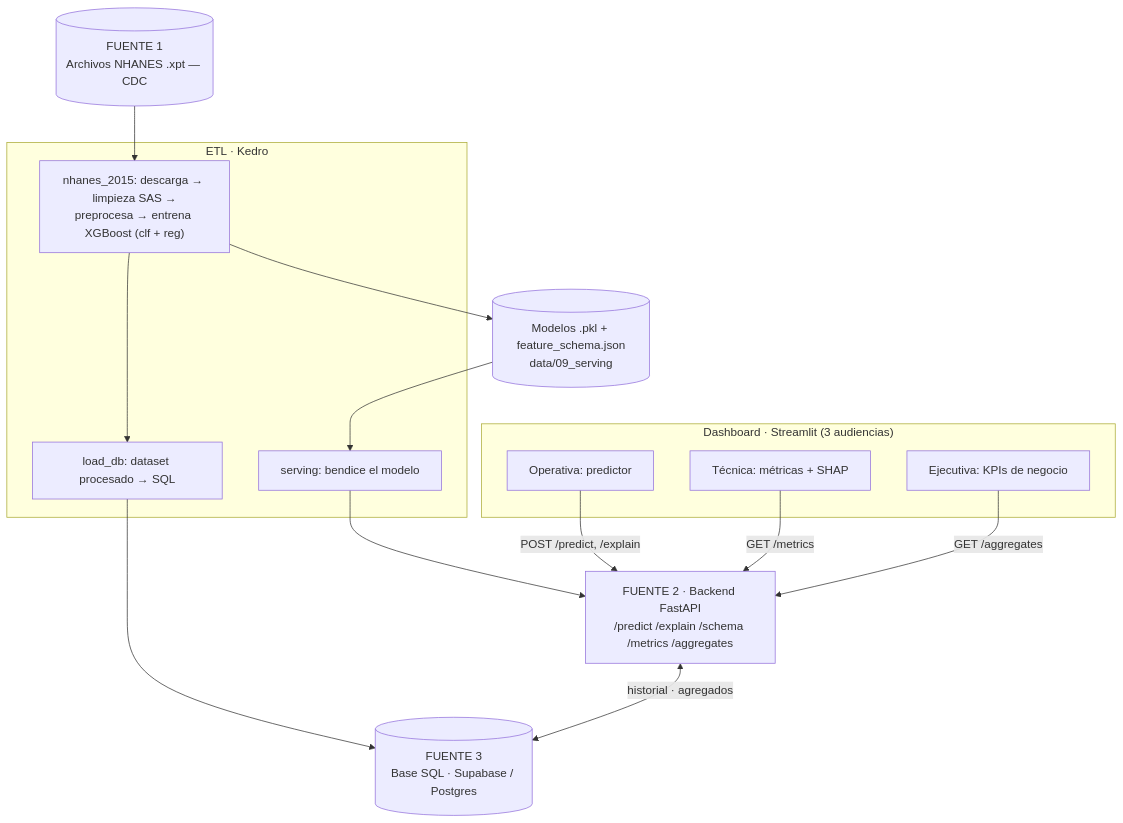
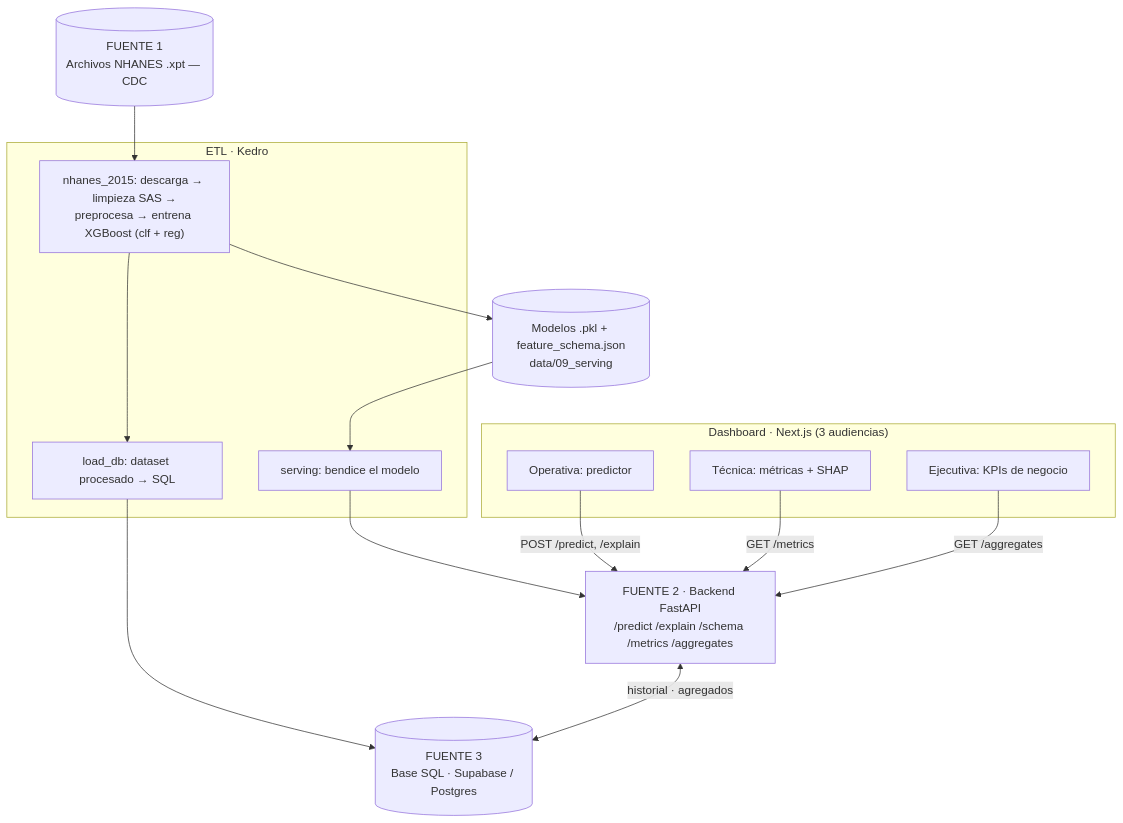
One commit to Unknumb/ev3_nanhes changed the first of 4 diagrams in docs/arquitectura.md. Above: the diagram before and after it, drawn with Mermaid. The commit also changed other lines of this file and 4 other files, not shown here.

````diff
--- a/docs/arquitectura.md
+++ b/docs/arquitectura.md
@@ -20,29 +20,29 @@
 ```mermaid
 flowchart TD
     CDC[("FUENTE 1<br/>Archivos NHANES .xpt — CDC")]
 
     subgraph ETL["ETL · Kedro"]
         TRAIN["nhanes_2015: descarga → limpieza SAS →<br/>preprocesa → entrena XGBoost (clf + reg)"]
         SERV["serving: bendice el modelo"]
         LOADDB["load_db: dataset procesado → SQL"]
     end
 
     MODELS[("Modelos .pkl + feature_schema.json<br/>data/09_serving")]
 
     API["FUENTE 2 · Backend FastAPI<br/>/predict /explain /schema /metrics /aggregates"]
 
     SQL[("FUENTE 3<br/>Base SQL · Supabase / Postgres")]
 
-    subgraph DASH["Dashboard · Streamlit (3 audiencias)"]
+    subgraph DASH["Dashboard · Next.js (3 audiencias)"]
         OPER["Operativa: predictor"]
         TECH["Técnica: métricas + SHAP"]
         EXEC["Ejecutiva: KPIs de negocio"]
     end
 
     CDC --> TRAIN --> MODELS --> SERV --> API
     TRAIN --> LOADDB --> SQL
     API <-->|"historial · agregados"| SQL
     OPER -->|"POST /predict, /explain"| API
     TECH -->|"GET /metrics"| API
     EXEC -->|"GET /aggregates"| API
 ```
````
